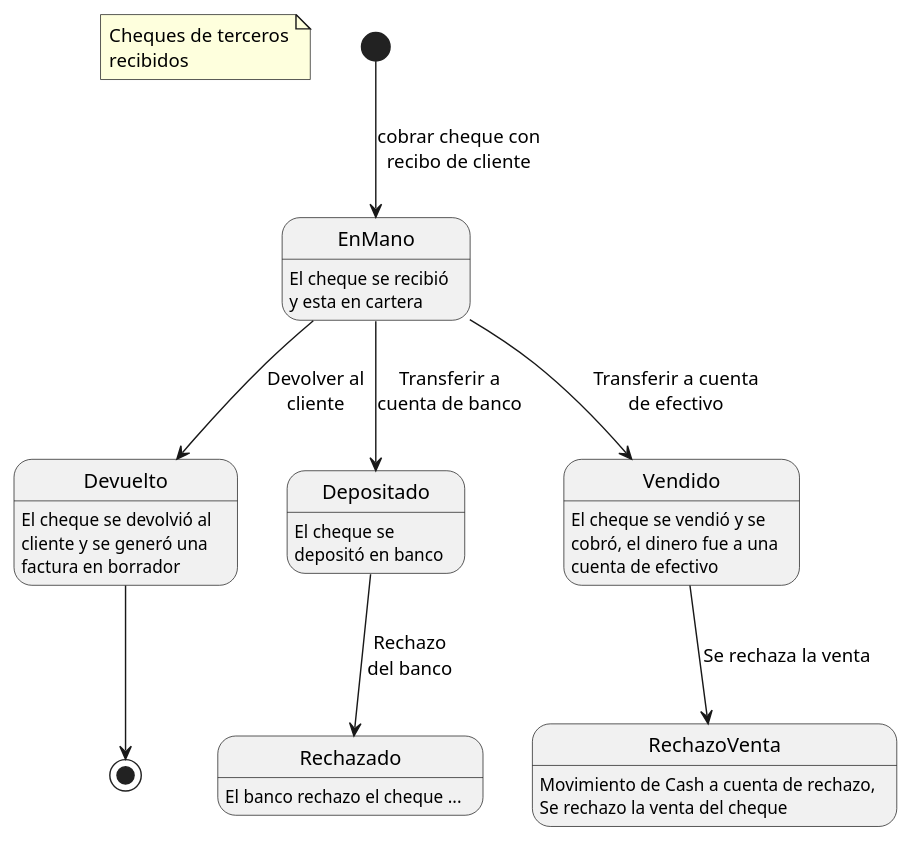
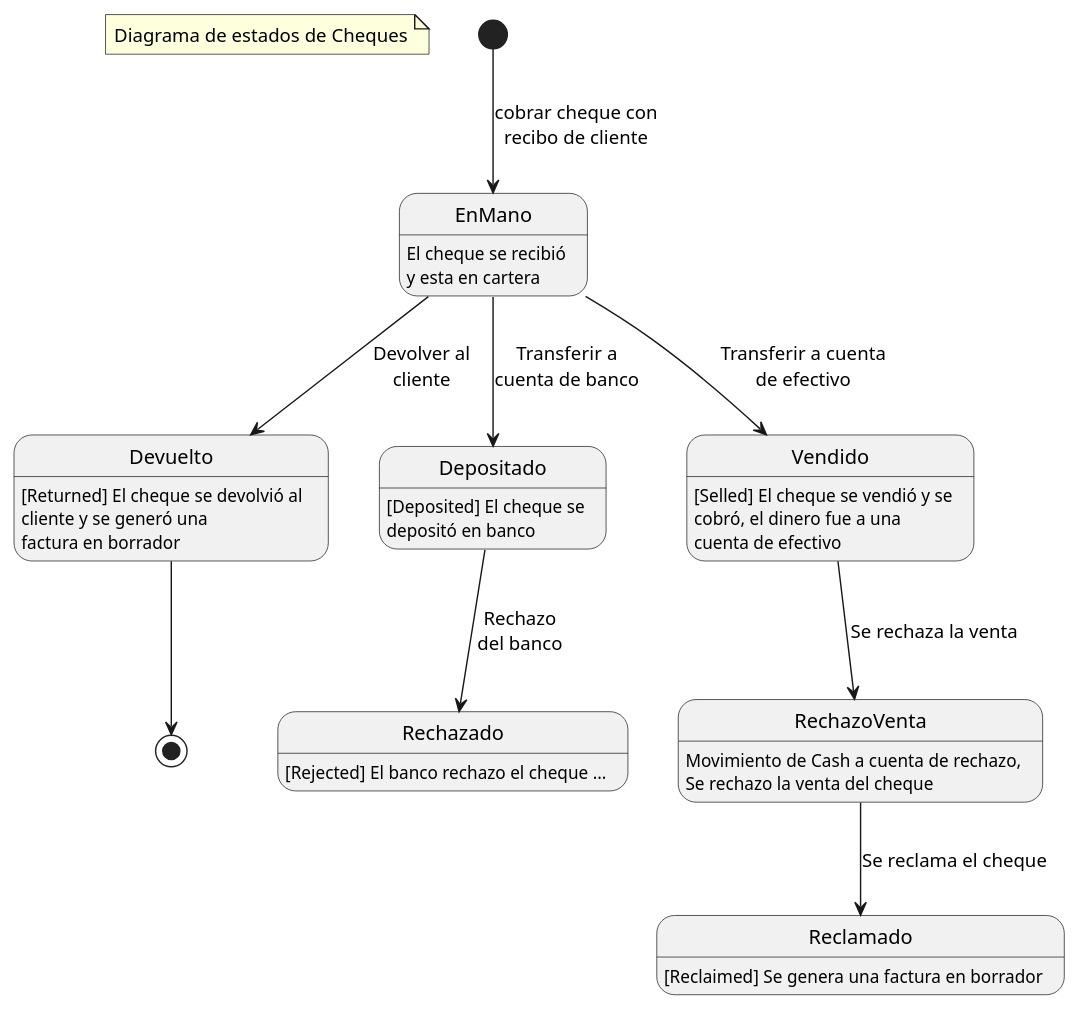
Before and after one commit to yasserdjerbi/test: the diagram in doc/cheques.puml, drawn with PlantUML. The commit also changed 17 other files, not shown here.

```diff
--- a/doc/cheques.puml
+++ b/doc/cheques.puml
@@ -1,23 +1,52 @@
 @startuml
 
 ' Cheques de terceros, en desarrollo...
+'        ('draft', 'Draft'),
+'        ('holding', 'Holding'),
+'        ('deposited', 'Deposited'), -------------
+'        ('selled', 'Selled'),      ----------------
+'        ('delivered', 'Delivered'), [Endosado]
+'        ('transfered', 'Transfered'),
+'        ('reclaimed', 'Reclaimed'), ------------
+'        ('withdrawed', 'Withdrawed'),
+'        ('handed', 'Handed'),
+'        ('rejected', 'Rejected'), --------------
+'        ('debited', 'Debited'),
+'        ('returned', 'Returned'), --------------
+'        ('changed', 'Changed'),
+'        ('cancel', 'Cancel'),
 
-note "Cheques de terceros\nrecibidos" as N1
+'        'holding':   ['draft', 'deposited', 'selled', 'delivered', 'transfered'],
+'        'delivered': ['holding'],
+'        'deposited': ['holding', 'rejected'],
+'        'selled':    ['holding'],
+'        'handed':    ['draft'],
+'        'transfered': ['holding'],
+'        'withdrawed': ['draft'],
+'        'rejected':  ['delivered', 'deposited', 'selled', 'handed'],
+'        'debited':   ['handed'],
+'        'returned':  ['handed', 'holding'],
+'        'changed':   ['handed', 'holding'],
+'        'cancel':    ['draft'],
+'        'reclaimed': ['rejected'],
 
-Devuelto : El cheque se devolvió al \ncliente y se generó una\nfactura en borrador
+note "Diagrama de estados de Cheques" as N1
+
 EnMano: El cheque se recibió\ny esta en cartera
-Depositado: El cheque se\ndepositó en banco
-Rechazado: El banco rechazo el cheque ...
-Vendido: El cheque se vendió y se\ncobró, el dinero fue a una\ncuenta de efectivo
+Devuelto : [Returned] El cheque se devolvió al \ncliente y se generó una\nfactura en borrador
+Depositado: [Deposited] El cheque se\ndepositó en banco
+Rechazado: [Rejected] El banco rechazo el cheque ...
+Vendido: [Selled] El cheque se vendió y se\ncobró, el dinero fue a una\ncuenta de efectivo
 RechazoVenta: Movimiento de Cash a cuenta de rechazo,\nSe rechazo la venta del cheque
+Reclamado: [Reclaimed] Se genera una factura en borrador
 
 [*] --> EnMano : cobrar cheque con\nrecibo de cliente
 EnMano --> Depositado : Transferir a\ncuenta de banco
 EnMano --> Vendido: Transferir a cuenta\nde efectivo
 EnMano --> Devuelto: Devolver al\ncliente
 Depositado --> Rechazado : Rechazo\ndel banco
 Devuelto --> [*]
 Vendido --> RechazoVenta : Se rechaza la venta
-
+RechazoVenta --> Reclamado: Se reclama el cheque
 
 @enduml
```
